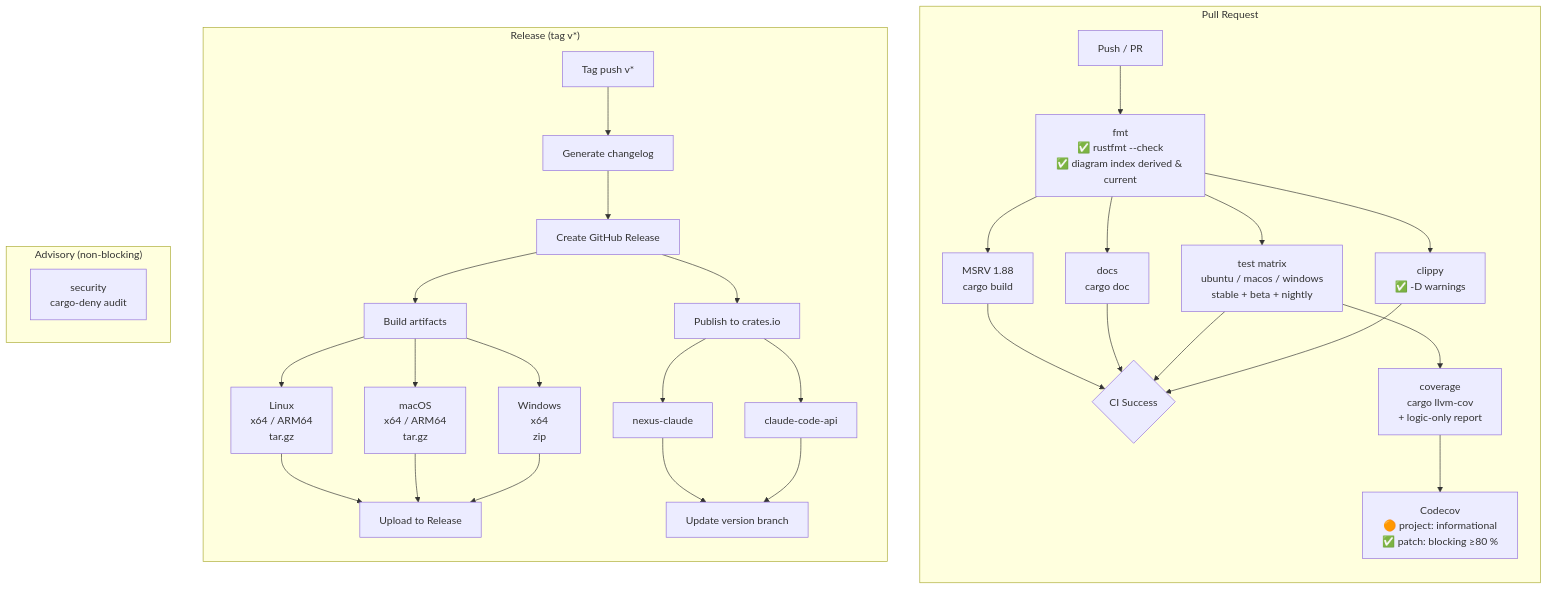
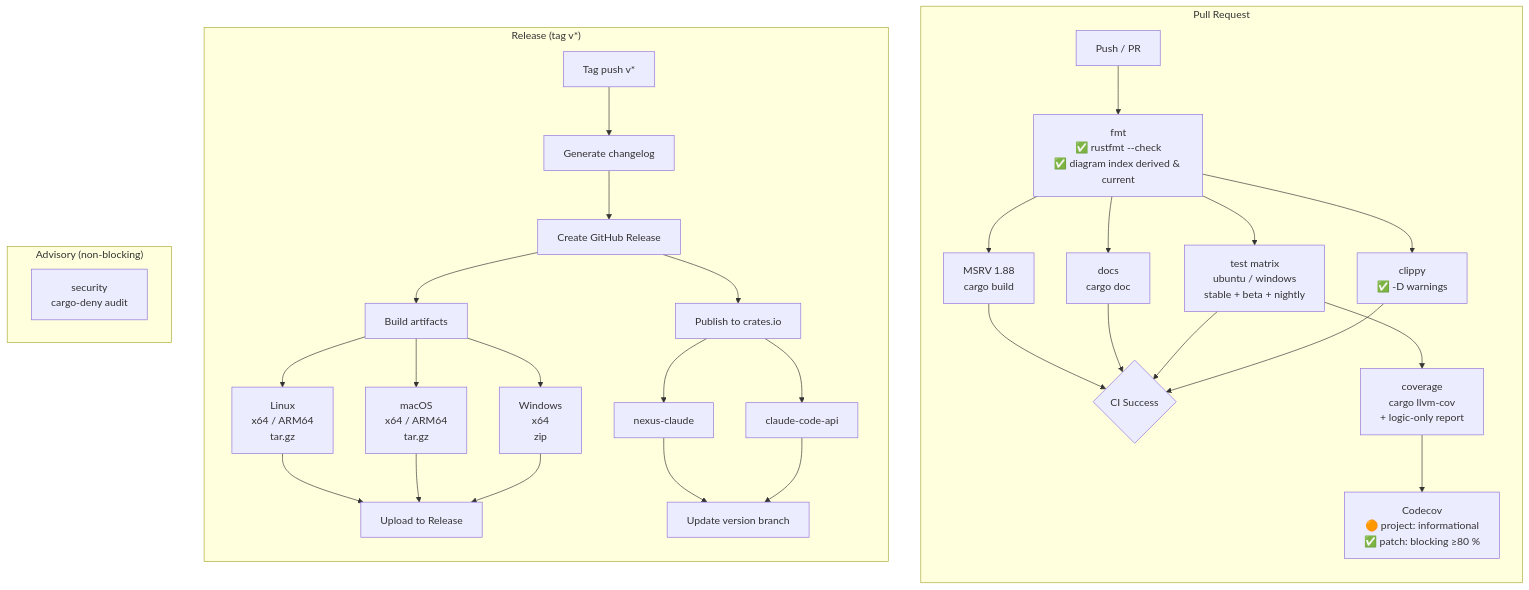
Before and after one commit to this-rs/nexus: the diagram in docs/CI_CD.md, drawn with Mermaid. The commit also changed other lines of this file and 3 other files, not shown here.

````diff
--- a/docs/CI_CD.md
+++ b/docs/CI_CD.md
@@ -11,43 +11,43 @@
 ```mermaid
 flowchart TD
     subgraph PR["Pull Request"]
         direction TB
         push[Push / PR] --> fmt
 
         fmt["fmt\n✅ rustfmt --check\n✅ diagram index derived & current"]
         fmt --> clippy["clippy\n✅ -D warnings"]
-        fmt --> test["test matrix\nubuntu / macos / windows\nstable + beta + nightly"]
+        fmt --> test["test matrix\nubuntu / windows\nstable + beta + nightly"]
         fmt --> docs["docs\ncargo doc"]
         fmt --> msrv["MSRV 1.88\ncargo build"]
 
         clippy --> ok{CI Success}
         test --> ok
         docs --> ok
         msrv --> ok
 
         test --> cov["coverage\ncargo llvm-cov\n+ logic-only report"]
         cov --> cc["Codecov\n🟠 project: informational\n✅ patch: blocking ≥80 %"]
     end
 
     subgraph REL["Release (tag v*)"]
         direction TB
         tag[Tag push v*] --> changelog[Generate changelog]
         changelog --> ghrel[Create GitHub Release]
         ghrel --> build[Build artifacts]
 
         build --> linux["Linux\nx64 / ARM64\ntar.gz"]
         build --> macos["macOS\nx64 / ARM64\ntar.gz"]
         build --> win["Windows\nx64\nzip"]
 
         linux & macos & win --> upload[Upload to Release]
 
         ghrel --> pub[Publish to crates.io]
         pub --> sdk[nexus-claude]
         pub --> api[claude-code-api]
         sdk & api --> vbranch[Update version branch]
     end
 
     subgraph ADV["Advisory (non-blocking)"]
         security["security\ncargo-deny audit"]
     end
 ```
````
